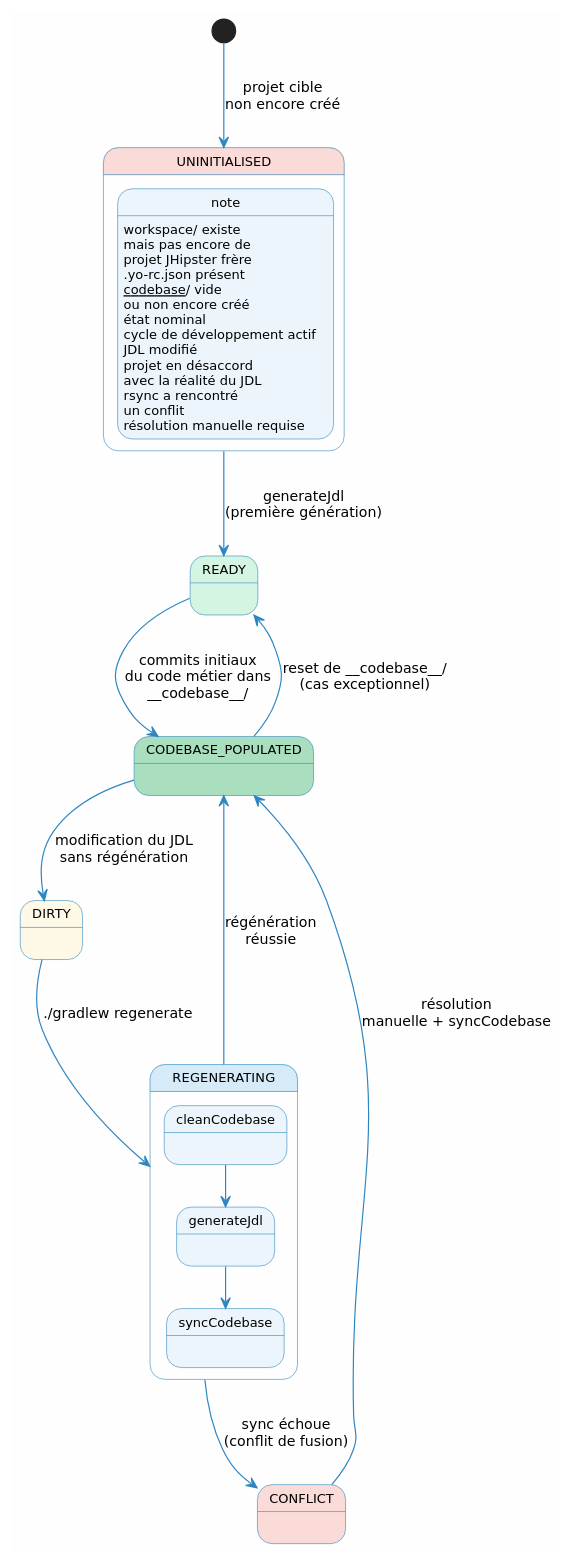
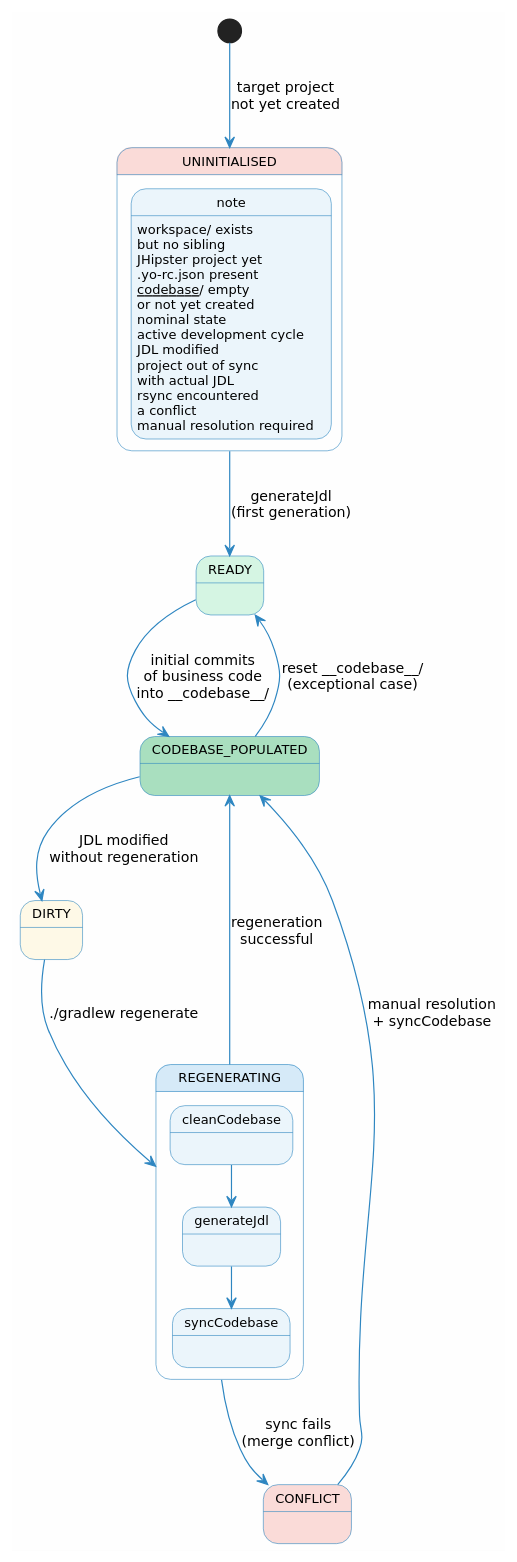
Before and after one commit to cheroliv/jhipster-gradle-plugins: the ninth of 11 diagrams in persistence/README.adoc, drawn with PlantUML. The commit also changed other lines of this file and 2 other files, not shown here.

Commit message:
🔧 docs(*README*.adoc): Update README with English translations and plugin ID change to com.cheroliv.jhipster.persistence.

```diff
--- a/persistence/README.adoc
+++ b/persistence/README.adoc
@@ -537,64 +537,64 @@
 [plantuml, plugin-states, svg]
 ....
 @startuml
 skinparam backgroundColor #FEFEFE
 skinparam defaultFontName "DejaVu Sans"
 skinparam defaultFontSize 12
 
 skinparam state {
   BackgroundColor      #EBF5FB
   BorderColor          #2E86C1
   FontSize             11
   ArrowColor           #2E86C1
   StartColor           #2E86C1
   EndColor             #2E86C1
 }
 
-[*] --> UNINITIALISED : projet cible\nnon encore créé
+[*] --> UNINITIALISED : target project\nnot yet created
 
 state UNINITIALISED #FADBD8 {
-  note : workspace/ existe\nmais pas encore de\nprojet JHipster frère
+  note : workspace/ exists\nbut no sibling\nJHipster project yet
 }
 
-UNINITIALISED --> READY : generateJdl\n(première génération)
+UNINITIALISED --> READY : generateJdl\n(first generation)
 
 state READY #D5F5E3 {
-  note : .yo-rc.json présent\n__codebase__/ vide\nou non encore créé
+  note : .yo-rc.json present\n__codebase__/ empty\nor not yet created
 }
 
-READY --> CODEBASE_POPULATED : commits initiaux\ndu code métier dans\n__codebase__/
+READY --> CODEBASE_POPULATED : initial commits\nof business code\ninto __codebase__/
 
 state CODEBASE_POPULATED #A9DFBF {
-  note : état nominal\ncycle de développement actif
+  note : nominal state\nactive development cycle
 }
 
-CODEBASE_POPULATED --> DIRTY : modification du JDL\nsans régénération
+CODEBASE_POPULATED --> DIRTY : JDL modified\nwithout regeneration
 
 state DIRTY #FEF9E7 {
-  note : JDL modifié\nprojet en désaccord\navec la réalité du JDL
+  note : JDL modified\nproject out of sync\nwith actual JDL
 }
 
 DIRTY --> REGENERATING : ./gradlew regenerate
 
 state REGENERATING #D6EAF8 {
   state "cleanCodebase" as cleaning
   state "generateJdl"   as generating
   state "syncCodebase"  as syncing
   cleaning --> generating
   generating --> syncing
 }
 
-REGENERATING --> CODEBASE_POPULATED : régénération\nréussie
+REGENERATING --> CODEBASE_POPULATED : regeneration\nsuccessful
 
-REGENERATING --> CONFLICT : sync échoue\n(conflit de fusion)
+REGENERATING --> CONFLICT : sync fails\n(merge conflict)
 
 state CONFLICT #FADBD8 {
-  note : rsync a rencontré\nun conflit\nrésolution manuelle requise
+  note : rsync encountered\na conflict\nmanual resolution required
 }
 
-CONFLICT --> CODEBASE_POPULATED : résolution\nmanuelle + syncCodebase
+CONFLICT --> CODEBASE_POPULATED : manual resolution\n+ syncCodebase
 
-CODEBASE_POPULATED --> READY : reset de __codebase__/\n(cas exceptionnel)
+CODEBASE_POPULATED --> READY : reset __codebase__/\n(exceptional case)
 
 @enduml
 ....
```
